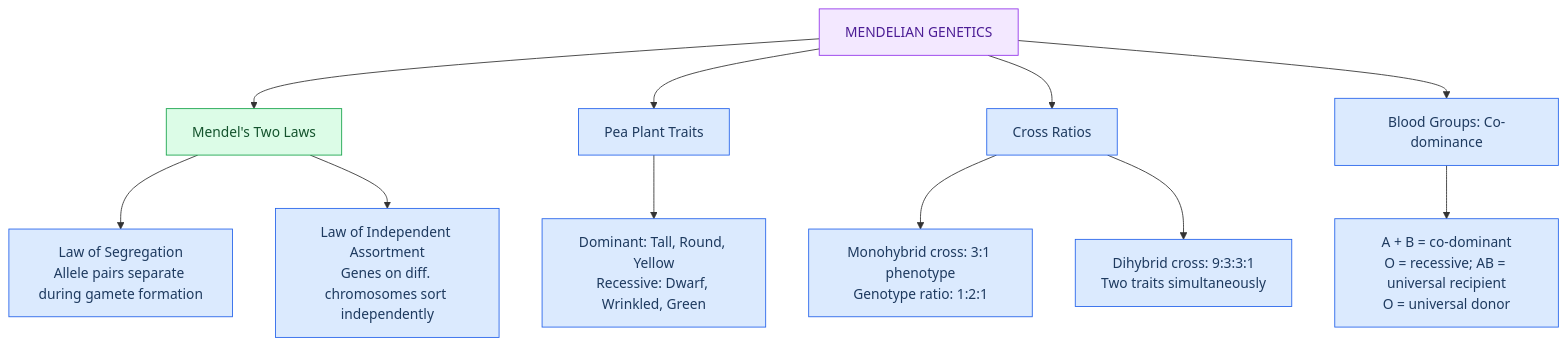
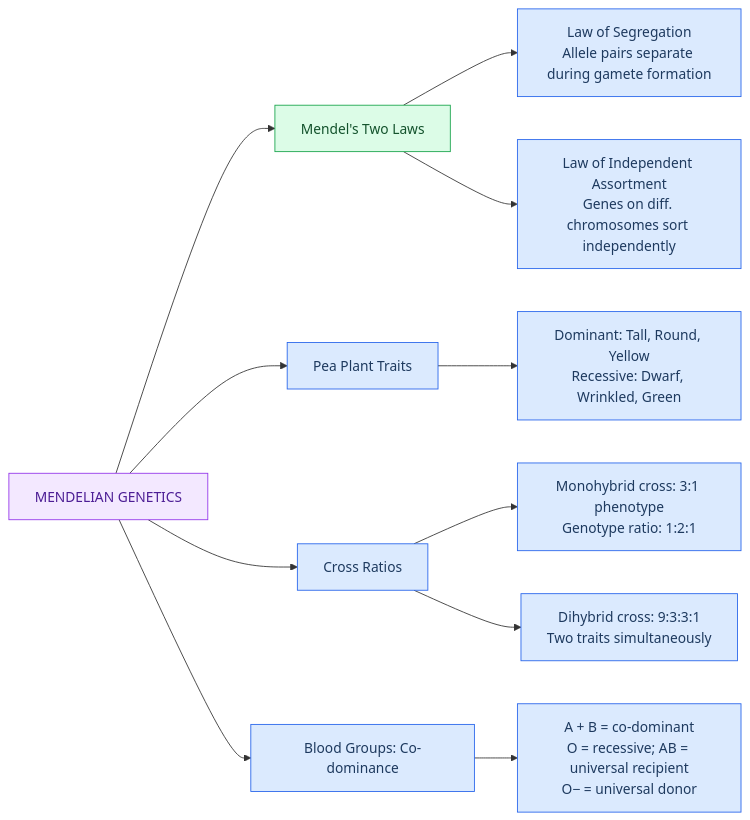
Before and after one commit to bhanuprakash13579/pariksha365: the third of 24 diagrams in backend/seeds/study_notes/biology.md, drawn with Mermaid. The commit also changed other lines of this file and 772 other files, not shown here.

```diff
--- a/backend/seeds/study_notes/biology.md
+++ b/backend/seeds/study_notes/biology.md
@@ -466,19 +498,19 @@
 <div class="mermaid">
-flowchart TD
+flowchart LR
     R["MENDELIAN GENETICS"]:::root
     R --> L["Mendel's Two Laws"]:::proc
     R --> P["Pea Plant Traits"]:::key
     R --> C["Cross Ratios"]:::key
     R --> BL["Blood Groups: Co-dominance"]:::key
     L --> L1["Law of Segregation<br>Allele pairs separate during gamete formation"]:::key
     L --> L2["Law of Independent Assortment<br>Genes on diff. chromosomes sort independently"]:::key
     P --> P1["Dominant: Tall, Round, Yellow<br>Recessive: Dwarf, Wrinkled, Green"]:::key
     C --> C1["Monohybrid cross: 3:1 phenotype<br>Genotype ratio: 1:2:1"]:::key
     C --> C2["Dihybrid cross: 9:3:3:1<br>Two traits simultaneously"]:::key
-    BL --> BL1["A + B = co-dominant<br>O = recessive; AB = universal recipient<br>O = universal donor"]:::key
+    BL --> BL1["A + B = co-dominant<br>O = recessive; AB = universal recipient<br>O− = universal donor"]:::key
     classDef key fill:#dbeafe,stroke:#2563eb,color:#1e3a5f
     classDef trap fill:#fee2e2,stroke:#dc2626,color:#7f1d1d
     classDef date fill:#fef3c7,stroke:#d97706,color:#78350f
     classDef proc fill:#dcfce7,stroke:#16a34a,color:#14532d
     classDef root fill:#f3e8ff,stroke:#9333ea,color:#4c1d95
 </div>
```
